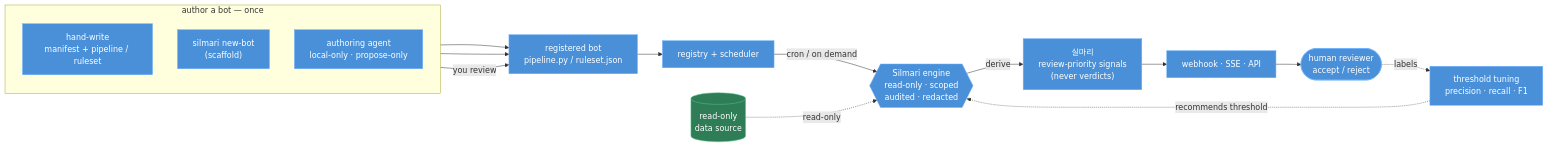
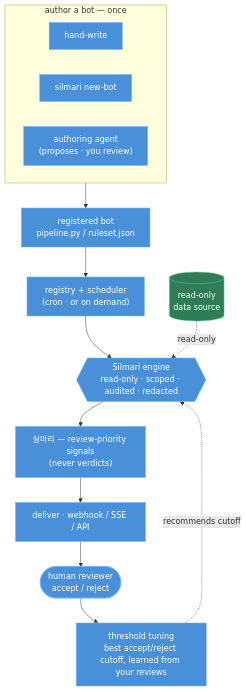
The diagram in README.md (douinc/silmari), drawn with Mermaid before and after one commit.

Commit message:
README: make the flow diagram vertical + drop jargon (#13)
- Switch the "How it works" flowchart from LR to TB so it stops sprawling horizontally (the three
  authoring methods sit side-by-side in one row; the run loop stacks vertically — narrow, taller).
- Replace the "precision · recall · F1" label (jargon) with a plain description: "best accept/reject
  cutoff, learned from your reviews"; the feedback edge now reads "recommends cutoff".

````diff
--- a/README.md
+++ b/README.md
@@ -29,32 +29,22 @@
 ```mermaid
-flowchart LR
+flowchart TB
     subgraph author["author a bot — once"]
-        direction TB
-        a1["hand-write<br/>manifest + pipeline / ruleset"]
-        a2["silmari new-bot<br/>(scaffold)"]
-        a3["authoring agent<br/>local-only · propose-only"]
+        direction LR
+        a1["hand-write"]
+        a2["silmari new-bot"]
+        a3["authoring agent<br/>(proposes · you review)"]
     end
-    bot["registered bot<br/>pipeline.py / ruleset.json"]
-    reg["registry + scheduler"]
-    src[("read-only<br/>data source")]
-    engine{{"Silmari engine<br/>read-only · scoped<br/>audited · redacted"}}
-    signals["실마리<br/>review-priority signals<br/>(never verdicts)"]
-    sinks["webhook · SSE · API"]
-    human(["human reviewer<br/>accept / reject"])
-    tuning["threshold tuning<br/>precision · recall · F1"]
-
-    a1 --> bot
-    a2 --> bot
-    a3 -->|you review| bot
-    bot --> reg
-    reg -->|cron / on demand| engine
-    src -. read-only .-> engine
-    engine -->|derive| signals
-    signals --> sinks --> human
-    human -. labels .-> tuning
-    tuning -. recommends threshold .-> engine
+    author --> bot["registered bot<br/>pipeline.py / ruleset.json"]
+    bot --> reg["registry + scheduler<br/>(cron · or on demand)"]
+    reg --> engine{{"Silmari engine<br/>read-only · scoped · audited · redacted"}}
+    src[("read-only<br/>data source")] -. read-only .-> engine
+    engine --> signals["실마리 — review-priority signals<br/>(never verdicts)"]
+    signals --> sinks["deliver · webhook / SSE / API"]
+    sinks --> human(["human reviewer<br/>accept / reject"])
+    human --> tuning["threshold tuning<br/>best accept/reject cutoff, learned from your reviews"]
+    tuning -. recommends cutoff .-> engine
 
     classDef default fill:#4a90d9,stroke:#6ab0ff,color:#fff
     classDef store fill:#2e7d57,stroke:#52c98a,color:#fff
     class src store
 ```
````
